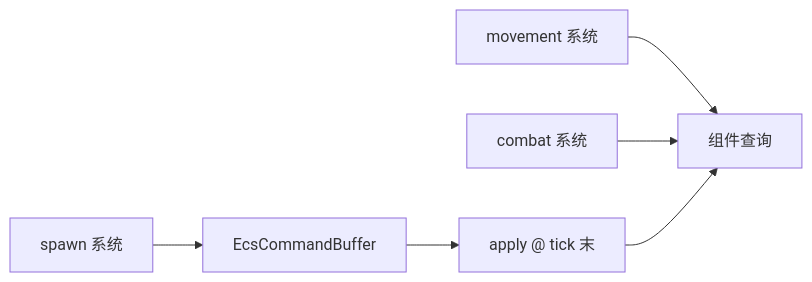
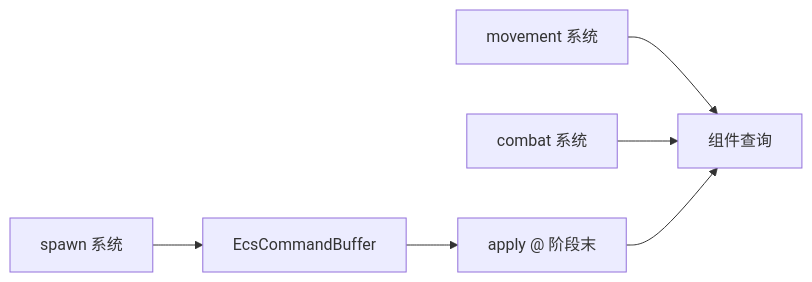
The third of 3 diagrams in projects/engine/ra-ecs/readme.md (rust-alert/ra2.exe), drawn with Mermaid before and after one commit. The commit also changed other lines of this file and 7 other files, not shown here.

````diff
--- a/projects/engine/ra-ecs/readme.md
+++ b/projects/engine/ra-ecs/readme.md
@@ -142,8 +114,8 @@
 ```mermaid
 flowchart LR
   SYS1[movement 系统] --> Q[组件查询]
   SYS2[combat 系统] --> Q
   SYS3[spawn 系统] --> CB[EcsCommandBuffer]
-  CB --> APPLY[apply @ tick 末]
+  CB --> APPLY[apply @ 阶段末]
   APPLY --> Q
 ```
````
